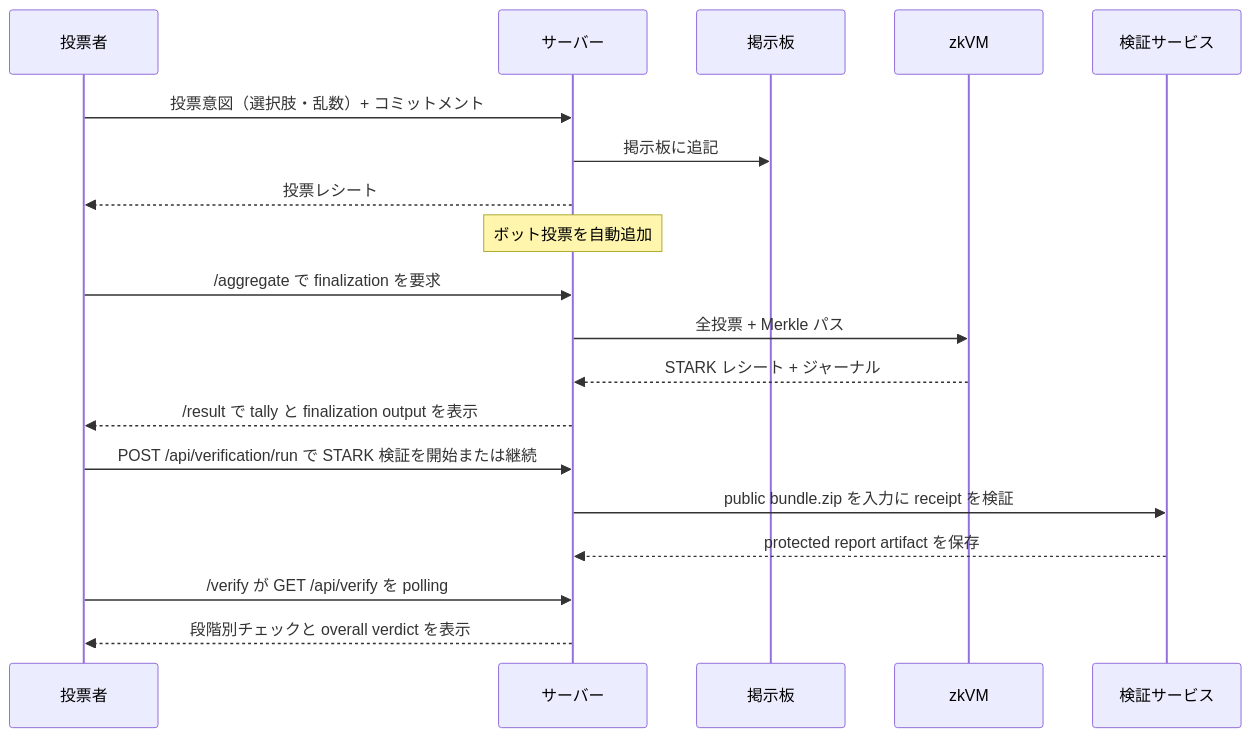
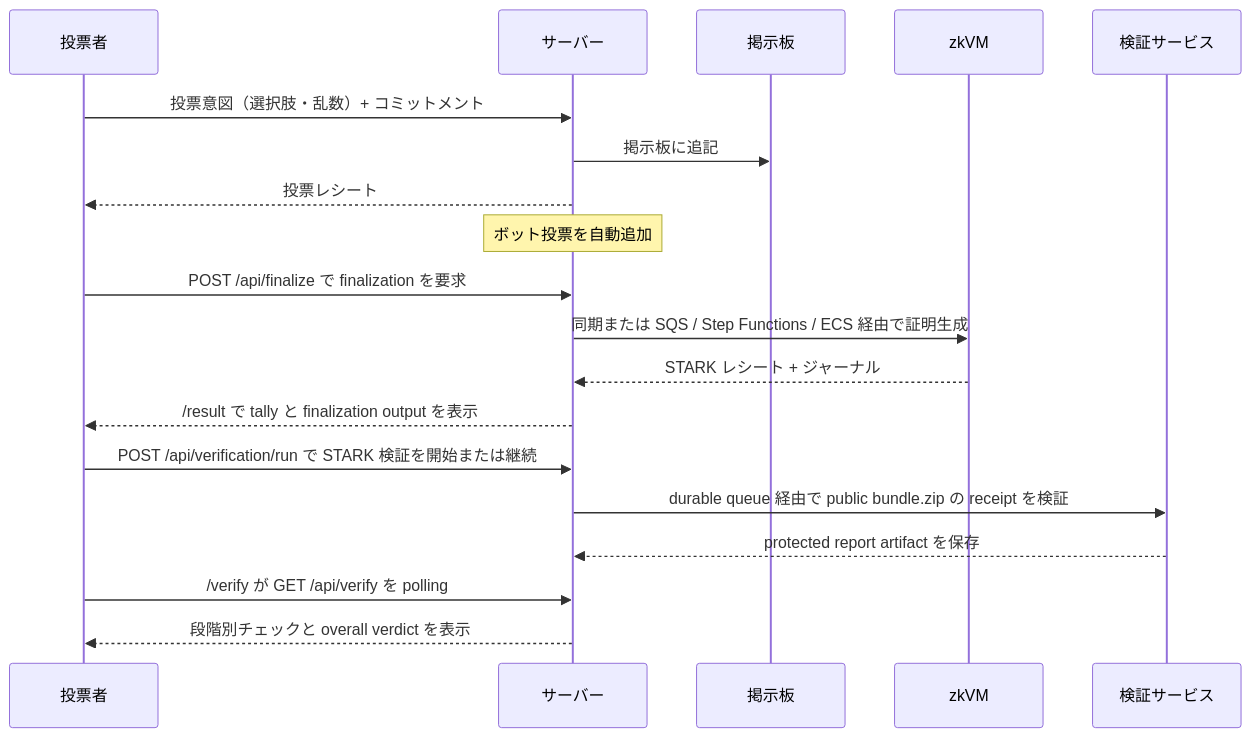
Before and after one commit to hwatanabe-jp/stark-ballot-simulator-public: the second of 2 diagrams in public-book/src/overview.md, drawn with Mermaid. The commit also changed other lines of this file and 275 other files, not shown here.

````diff
--- a/public-book/src/overview.md
+++ b/public-book/src/overview.md
@@ -15,22 +15,22 @@
 ```mermaid
 sequenceDiagram
   participant V as 投票者
   participant S as サーバー
   participant B as 掲示板
   participant Z as zkVM
   participant VS as 検証サービス
 
   V->>S: 投票意図（選択肢・乱数）+ コミットメント
   S->>B: 掲示板に追記
   S-->>V: 投票レシート
   Note over S: ボット投票を自動追加
-  V->>S: /aggregate で finalization を要求
-  S->>Z: 全投票 + Merkle パス
+  V->>S: POST /api/finalize で finalization を要求
+  S->>Z: 同期または SQS / Step Functions / ECS 経由で証明生成
   Z-->>S: STARK レシート + ジャーナル
   S-->>V: /result で tally と finalization output を表示
   V->>S: POST /api/verification/run で STARK 検証を開始または継続
-  S->>VS: public bundle.zip を入力に receipt を検証
+  S->>VS: durable queue 経由で public bundle.zip の receipt を検証
   VS-->>S: protected report artifact を保存
   V->>S: /verify が GET /api/verify を polling
   S-->>V: 段階別チェックと overall verdict を表示
 ```
````
